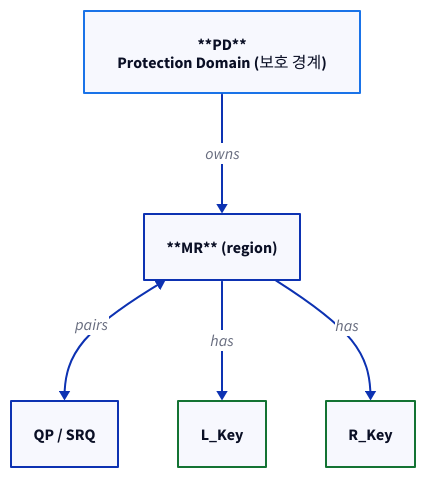
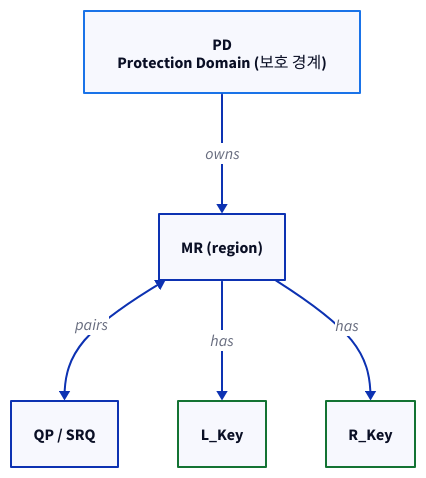
One commit to humbleowl39/DV_SKOOL changed the second of 5 diagrams in starlight_site/src/content/docs/rdma/05_memory_model.md. Above: the diagram before and after it, drawn with D2. The commit also changed other lines of this file and 714 other files, not shown here.

First line of the commit message:
fix(site): d2 다이어그램 가독성 결함 6종 일괄 수정

````diff
--- a/starlight_site/src/content/docs/rdma/05_memory_model.md
+++ b/starlight_site/src/content/docs/rdma/05_memory_model.md
@@ -183,12 +183,12 @@
 ```d2
 direction: down
-PD: "**PD**\nProtection Domain (보호 경계)" { style.stroke: "#1a73e8"; style.stroke-width: 2 }
-MR: "**MR** (region)"
+PD: "PD\nProtection Domain (보호 경계)" { style.stroke: "#1a73e8"; style.stroke-width: 2 }
+MR: "MR (region)"
 QPSRQ: "QP / SRQ"
 LK: "L_Key" { style.stroke: "#137333"; style.stroke-width: 2 }
 RK: "R_Key" { style.stroke: "#137333"; style.stroke-width: 2 }
 PD -> MR: "owns"
 MR <-> QPSRQ: "pairs"
 MR -> LK: "has"
 MR -> RK: "has"
 ```
````
